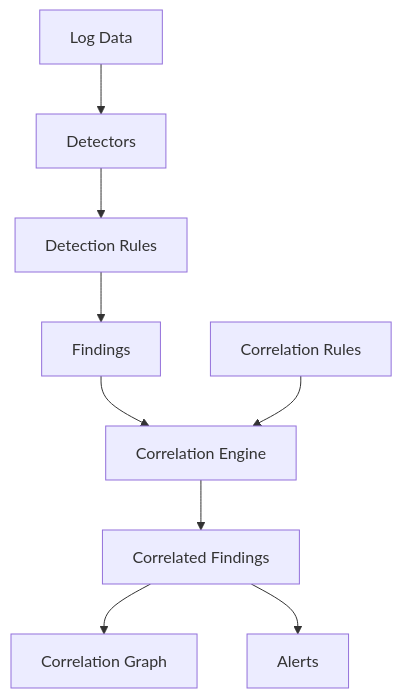
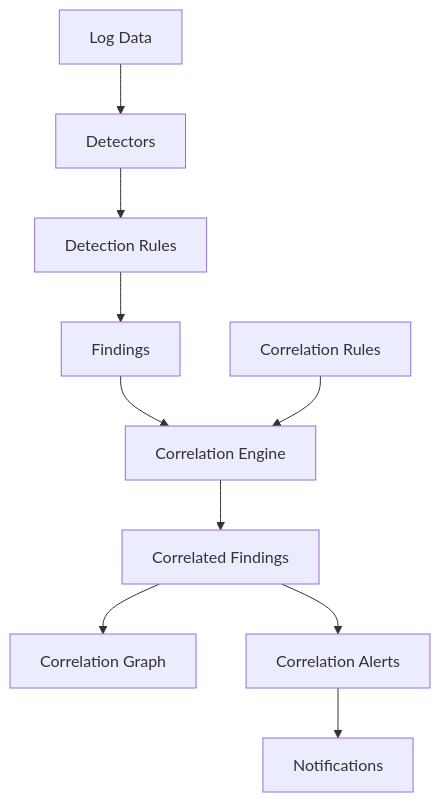
The second of 2 diagrams in docs/features/security-analytics/security-analytics-correlation-engine.md (tkykenmt/opensearch-feature-explorer), drawn with Mermaid before and after one commit. The commit also changed other lines of this file and 2 other files, not shown here.

Commit message:
docs: add Security Alerts & Correlations report for v2.16.0 (#2499)

````diff
--- a/docs/features/security-analytics/security-analytics-correlation-engine.md
+++ b/docs/features/security-analytics/security-analytics-correlation-engine.md
@@ -52,11 +52,12 @@
 ```mermaid
 flowchart TB
     A[Log Data] --> B[Detectors]
     B --> C[Detection Rules]
     C --> D[Findings]
     D --> E[Correlation Engine]
     F[Correlation Rules] --> E
     E --> G[Correlated Findings]
     G --> H[Correlation Graph]
-    G --> I[Alerts]
+    G --> I[Correlation Alerts]
+    I --> J[Notifications]
 ```
````
